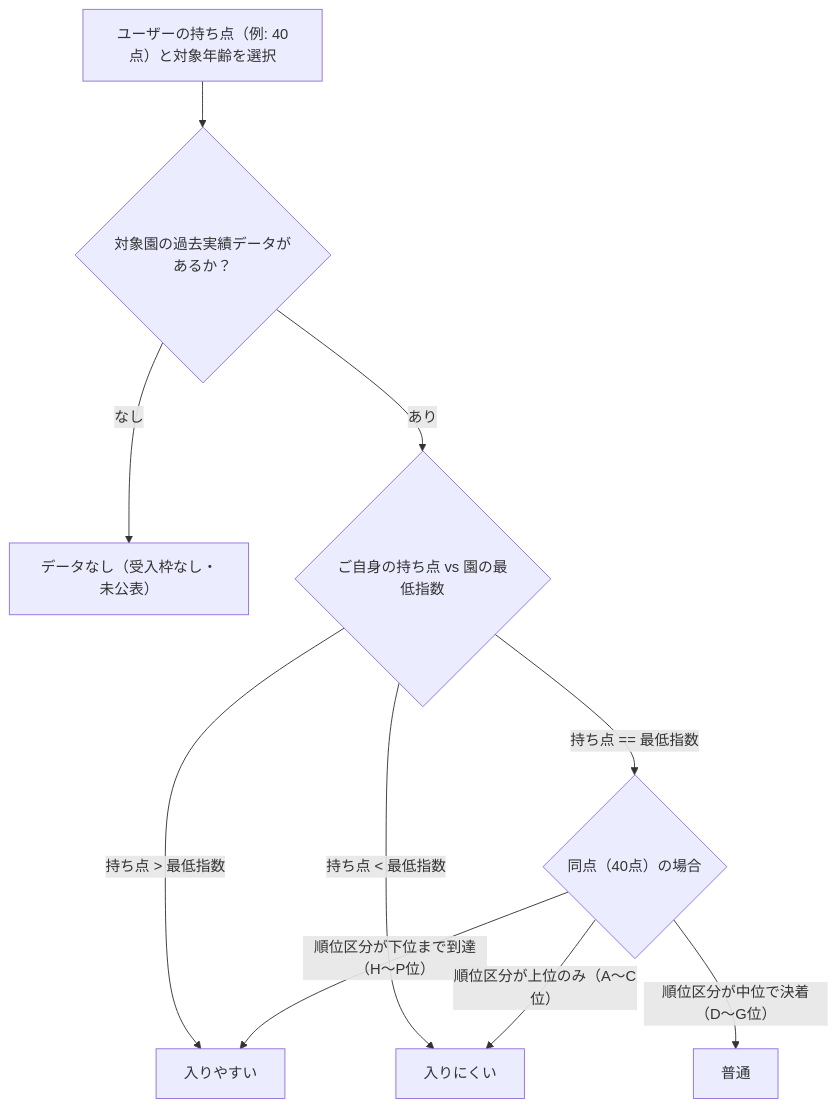
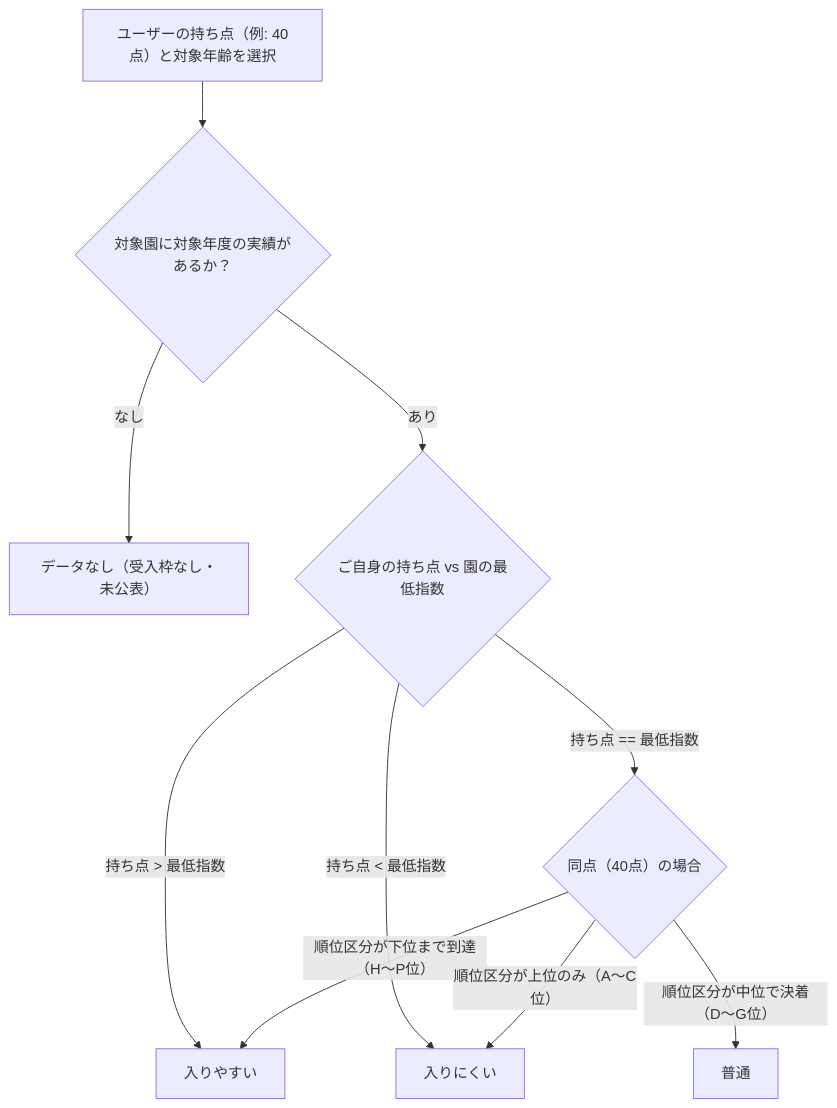
Before and after one commit to yukihoz/pittari-hoikuen: the diagram in README.md, drawn with Mermaid. The commit also changed other lines of this file and 1 other file, not shown here.

````diff
--- a/README.md
+++ b/README.md
@@ -108,12 +128,12 @@
 ```mermaid
 flowchart TD
-    Start["ユーザーの持ち点（例: 40点）と対象年齢を選択"] --> CheckData{"対象園の過去実績データがあるか？"}
+    Start["ユーザーの持ち点（例: 40点）と対象年齢を選択"] --> CheckData{"対象園に対象年度の実績があるか？"}
     CheckData -- なし --> NoData["データなし（受入枠なし・未公表）"]
     CheckData -- あり --> CompareScore{"ご自身の持ち点 vs 園の最低指数"}
     CompareScore -- 持ち点 > 最低指数 --> Easy["入りやすい"]
     CompareScore -- 持ち点 < 最低指数 --> Hard["入りにくい"]
     CompareScore -- 持ち点 == 最低指数 --> TieCheck{"同点（40点）の場合"}
     TieCheck -- 順位区分が下位まで到達（H〜P位） --> Easy
     TieCheck -- 順位区分が中位で決着（D〜G位） --> Normal["普通"]
     TieCheck -- 順位区分が上位のみ（A〜C位） --> Hard
 ```
````
